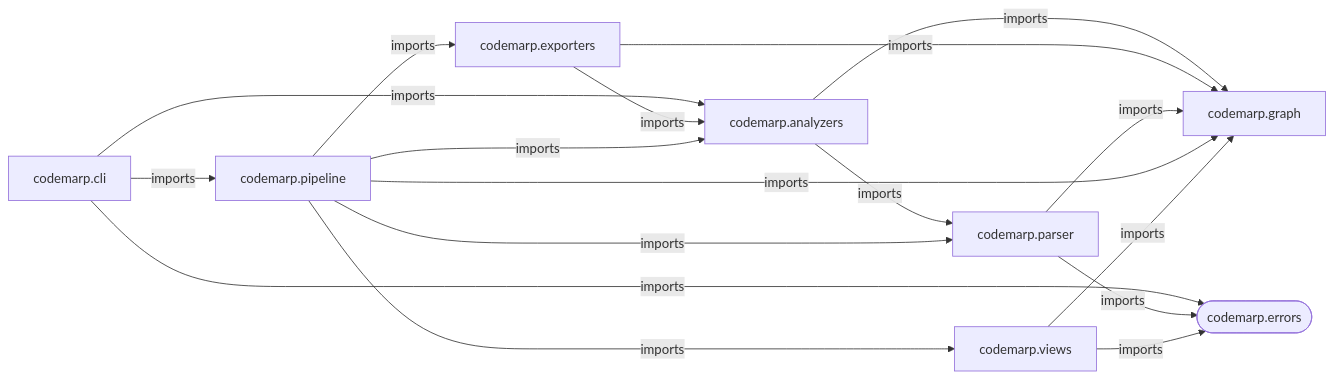
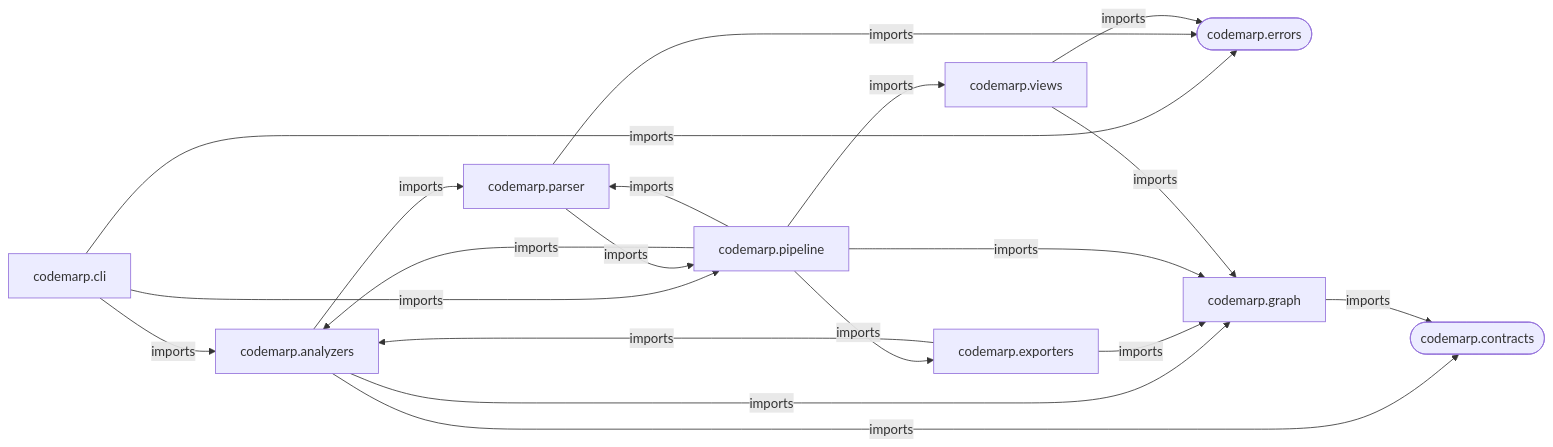
The first of 3 diagrams in README.md (haddyadnan/codemarp), drawn with Mermaid before and after one commit. The commit also changed other lines of this file and 15 other files, not shown here.

````diff
--- a/README.md
+++ b/README.md
@@ -272,27 +282,30 @@
 ```mermaid
 flowchart LR
     codemarp_analyzers["codemarp.analyzers"]
     codemarp_cli["codemarp.cli"]
+    codemarp_contracts(["codemarp.contracts"])
     codemarp_errors(["codemarp.errors"])
     codemarp_exporters["codemarp.exporters"]
     codemarp_graph["codemarp.graph"]
     codemarp_parser["codemarp.parser"]
     codemarp_pipeline["codemarp.pipeline"]
     codemarp_views["codemarp.views"]
     codemarp_analyzers -->|imports| codemarp_graph
     codemarp_analyzers -->|imports| codemarp_parser
+    codemarp_analyzers -->|imports| codemarp_contracts
     codemarp_cli -->|imports| codemarp_analyzers
     codemarp_cli -->|imports| codemarp_errors
     codemarp_cli -->|imports| codemarp_pipeline
     codemarp_exporters -->|imports| codemarp_graph
     codemarp_exporters -->|imports| codemarp_analyzers
+    codemarp_graph -->|imports| codemarp_contracts
     codemarp_parser -->|imports| codemarp_errors
-    codemarp_parser -->|imports| codemarp_graph
+    codemarp_parser -->|imports| codemarp_pipeline
     codemarp_pipeline -->|imports| codemarp_graph
     codemarp_pipeline -->|imports| codemarp_views
     codemarp_pipeline -->|imports| codemarp_analyzers
     codemarp_pipeline -->|imports| codemarp_parser
     codemarp_pipeline -->|imports| codemarp_exporters
     codemarp_views -->|imports| codemarp_errors
     codemarp_views -->|imports| codemarp_graph
 ```
````
